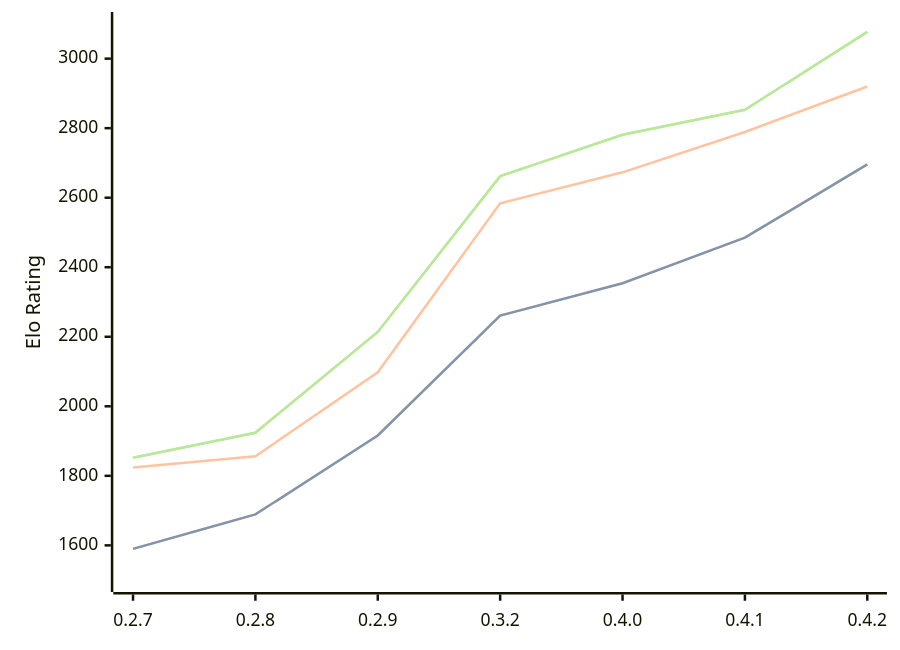
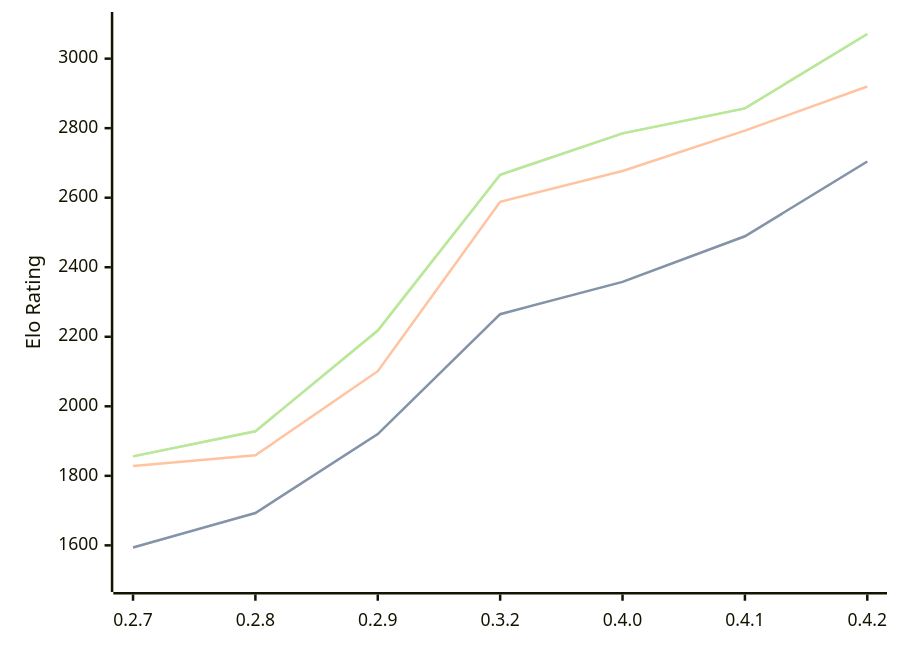
One commit to computer-chess-index/cci changed the diagram in engines/Dual.md. Above: the diagram before and after it, drawn with Mermaid. The commit also changed other lines of this file, not shown here.

Commit message:
Update CCI Ratings (ELO VLTC) - 2026-08-18

````diff
--- a/engines/Dual.md
+++ b/engines/Dual.md
@@ -39,11 +39,11 @@
 ```mermaid
 %%{init: {"theme":"base","themeVariables":{"seriesColors:['#a3a3a3','#222221','#faa371']}}}%%
 xychart-beta
   x-axis ["0.2.7", "0.2.8", "0.2.9", "0.3.2", "0.4.0", "0.4.1", "0.4.2"]
   y-axis "Elo Rating" 1500 --> 3100
-  line "STC (8.0+0.08s)" [1590, 1689, 1916, 2261, 2354, 2485, 2696]
-  line "STC (8.0+0.08s)" [1590, 1689, 1916, 2261, 2354, 2485, 2696]
-  line "LTC (60.0+0.60s)" [1824, 1856, 2098, 2584, 2673, 2789, 2920]
-  line "VLTC (2m24s+1.12s)" [1852, 1924, 2214, 2662, 2781, 2853, 3077]
-  line "VLTC (2m24s+1.12s)" [1852, 1924, 2214, 2662, 2781, 2853, 3077]
+  line "STC (8.0+0.08s)" [1594, 1693, 1920, 2265, 2358, 2489, 2704]
+  line "STC (8.0+0.08s)" [1594, 1693, 1920, 2265, 2358, 2489, 2704]
+  line "LTC (60.0+0.60s)" [1828, 1859, 2101, 2588, 2677, 2793, 2920]
+  line "VLTC (2m24s+1.12s)" [1856, 1928, 2218, 2666, 2785, 2857, 3071]
+  line "VLTC (2m24s+1.12s)" [1856, 1928, 2218, 2666, 2785, 2857, 3071]
 ```
````
